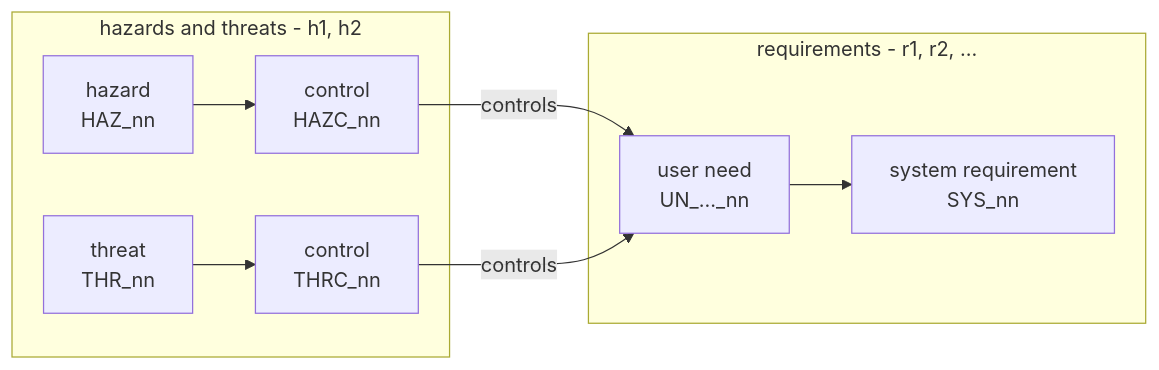
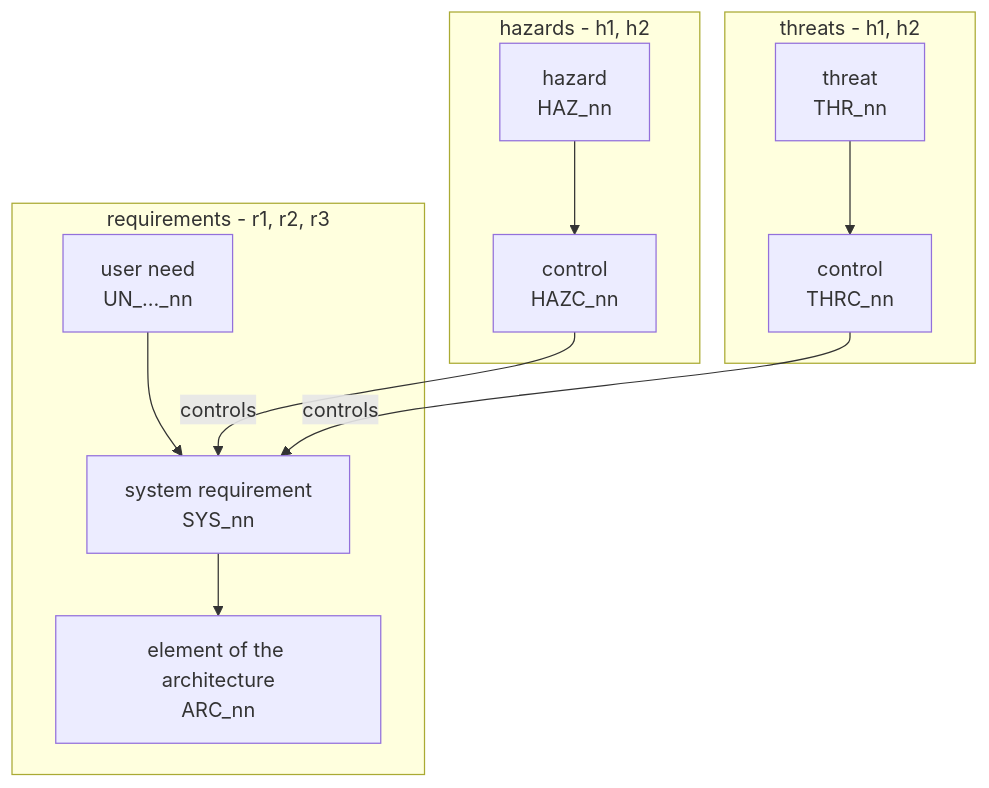
Before and after one commit to treporting/specs-and-deploy: the diagram in safety/hazard-and-risk-analysis.md, drawn with Mermaid. The commit also changed other lines of this file and 2 other files, not shown here.

First line of the commit message:
Controls of a hazard point to the system requirements (r2)

````diff
--- a/safety/hazard-and-risk-analysis.md
+++ b/safety/hazard-and-risk-analysis.md
@@ -10,12 +10,15 @@
 ```mermaid
-flowchart LR
-  subgraph h[hazards and threats - h1, h2]
+flowchart TB
+  subgraph h[hazards - h1, h2]
     haz[hazard<br>HAZ_nn] --> hazc[control<br>HAZC_nn]
+  end
+  subgraph t[threats - h1, h2]
     thr[threat<br>THR_nn] --> thrc[control<br>THRC_nn]
   end
-  subgraph r[requirements - r1, r2, ...]
+  subgraph r[requirements - r1, r2, r3]
     un[user need<br>UN_..._nn] --> sys[system requirement<br>SYS_nn]
+    sys --> arc[element of the architecture<br>ARC_nn]
   end
-  hazc -- controls --> un
-  thrc -- controls --> un
+  hazc -- controls --> sys
+  thrc -- controls --> sys
 ```
````
